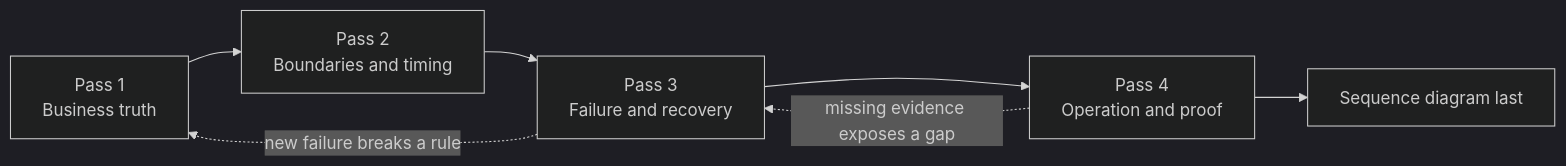
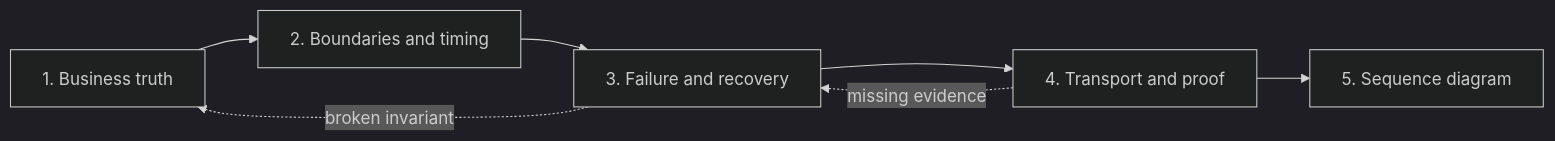
The diagram in docs/service-design/08-the-durable-design-loop.md (h19overflow/stubhub), drawn with Mermaid (dark theme) before and after one commit. The commit also changed other lines of this file and 15 other files, not shown here.

````diff
--- a/docs/service-design/08-the-durable-design-loop.md
+++ b/docs/service-design/08-the-durable-design-loop.md
@@ -12,12 +38,12 @@
 ```mermaid
 flowchart LR
-    A[Pass 1<br/>Business truth]
-    B[Pass 2<br/>Boundaries and timing]
-    C[Pass 3<br/>Failure and recovery]
-    D[Pass 4<br/>Operation and proof]
-    E[Sequence diagram last]
+    A[1. Business truth]
+    B[2. Boundaries and timing]
+    C[3. Failure and recovery]
+    D[4. Transport and proof]
+    E[5. Sequence diagram]
 
     A --> B --> C --> D --> E
-    C -. new failure breaks a rule .-> A
-    D -. missing evidence exposes a gap .-> C
+    C -. broken invariant .-> A
+    D -. missing evidence .-> C
 ```
````
